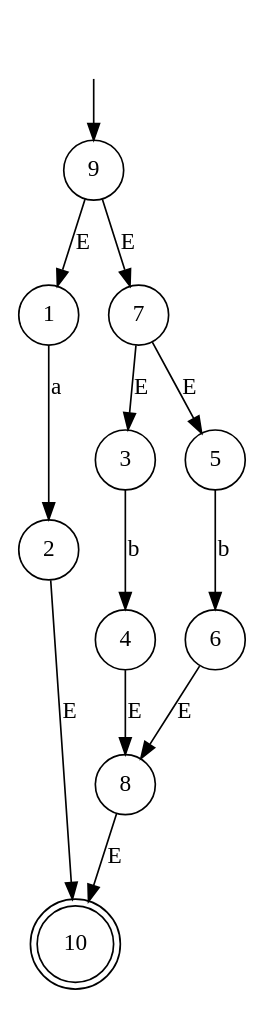
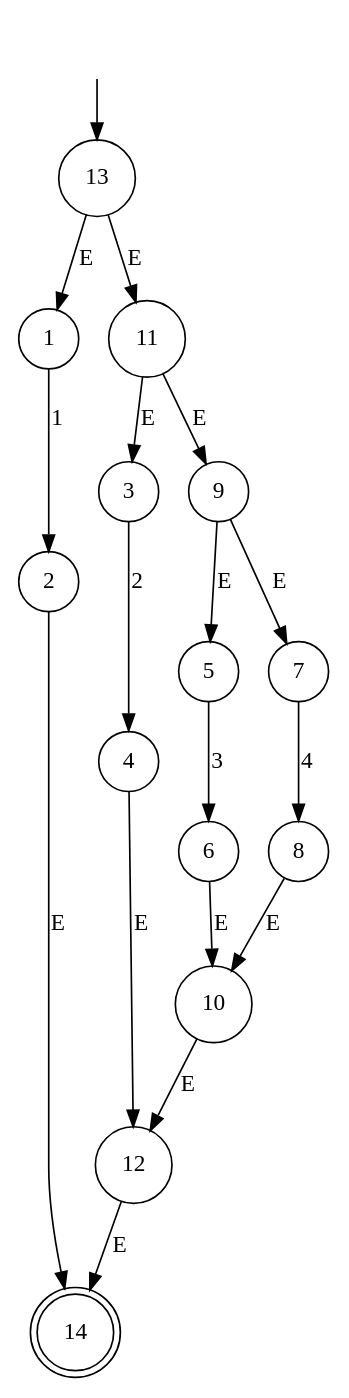
Before and after one commit to ihewro/qt-lexical-analyzer: the diagram in dots/nfa.dot, drawn with Graphviz. The commit also changed 8 other files, not shown here.

```diff
--- a/dots/nfa.dot
+++ b/dots/nfa.dot
@@ -1,26 +1,35 @@
 digraph G{
     ""[shape=none]
     "1"[shape=circle]
     "2"[shape=circle]
     "3"[shape=circle]
     "4"[shape=circle]
     "5"[shape=circle]
     "6"[shape=circle]
     "7"[shape=circle]
     "8"[shape=circle]
     "9"[shape=circle]
-    "10"[shape=doublecircle]
+    "10"[shape=circle]
+    "11"[shape=circle]
+    "12"[shape=circle]
+    "13"[shape=circle]
+    "14"[shape=doublecircle]
 
-    ""->"9"
-    "1" -> 2[label="a"]
-    "2" -> 10[label="E"]
-    "3" -> 4[label="b"]
-    "4" -> 8[label="E"]
-    "5" -> 6[label="b"]
-    "6" -> 8[label="E"]
-    "7" -> 3[label="E"]
-    "7" -> 5[label="E"]
+    ""->"13"
+    "1" -> 2[label="1"]
+    "2" -> 14[label="E"]
+    "3" -> 4[label="2"]
+    "4" -> 12[label="E"]
+    "5" -> 6[label="3"]
+    "6" -> 10[label="E"]
+    "7" -> 8[label="4"]
     "8" -> 10[label="E"]
-    "9" -> 1[label="E"]
+    "9" -> 5[label="E"]
     "9" -> 7[label="E"]
+    "10" -> 12[label="E"]
+    "11" -> 3[label="E"]
+    "11" -> 9[label="E"]
+    "12" -> 14[label="E"]
+    "13" -> 1[label="E"]
+    "13" -> 11[label="E"]
 }
```
